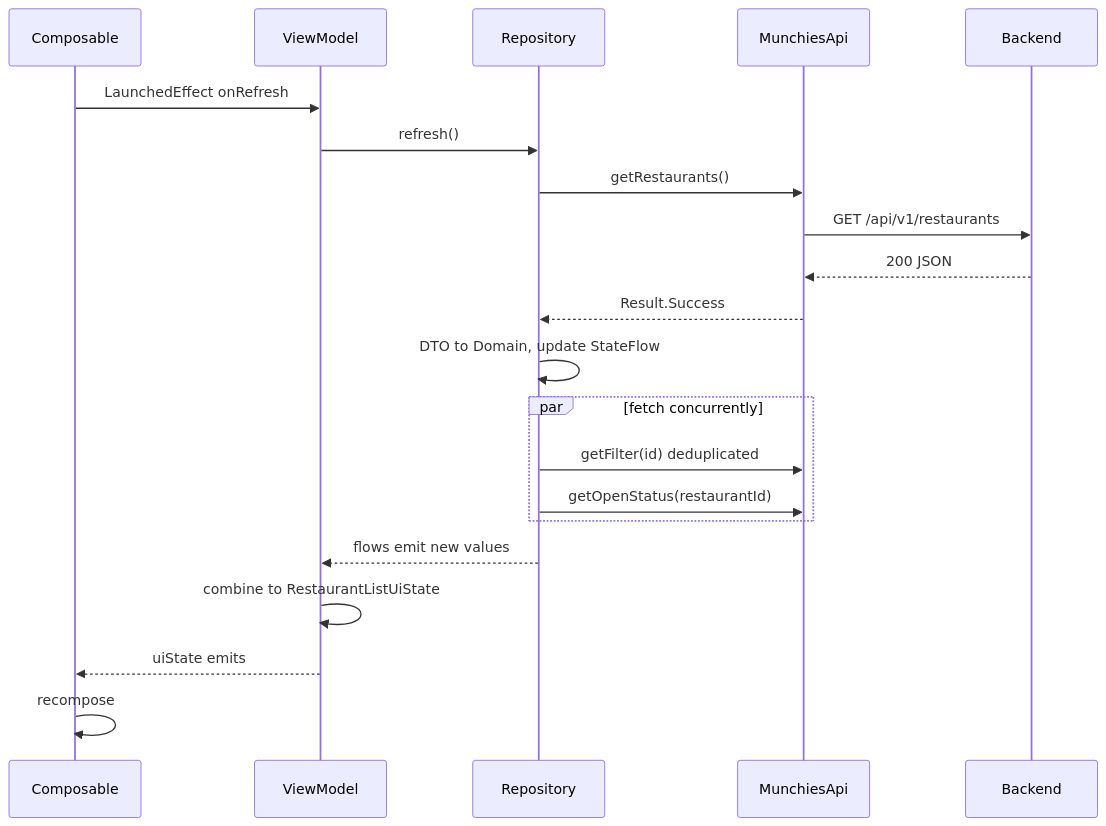
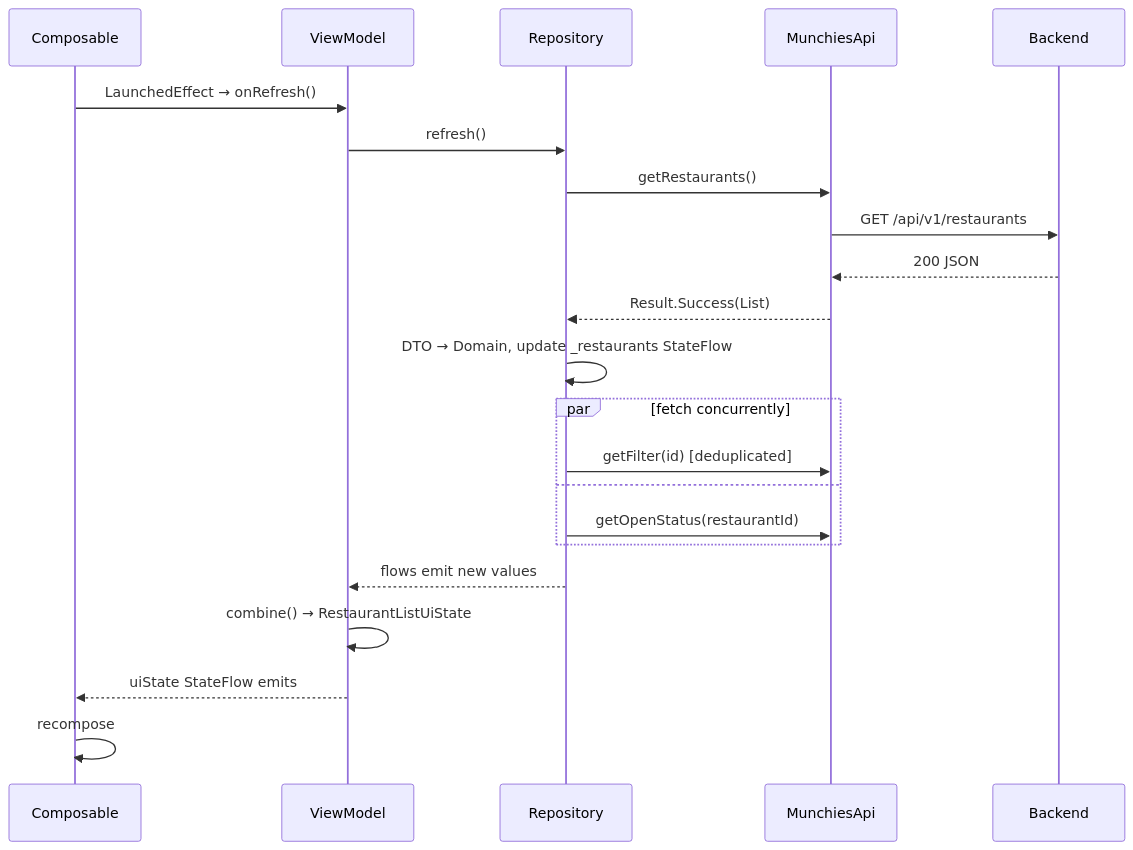
The third of 8 diagrams in PRESENTATION.md (sven-pettersson/Munchies), drawn with Mermaid before and after one commit. The commit also changed other lines of this file, not shown here.

Commit message:
feat:adding presentation with graphs

````diff
--- a/PRESENTATION.md
+++ b/PRESENTATION.md
@@ -86,26 +82,25 @@
 ```mermaid
 sequenceDiagram
-    participant UI as Composable
-    participant VM as ViewModel
-    participant REPO as Repository
-    participant API as MunchiesApi
-    participant BE as Backend
+  participant UI as Composable
+  participant VM as ViewModel
+  participant REPO as Repository
+  participant API as MunchiesApi
+  participant BE as Backend
 
-    UI->>VM: LaunchedEffect onRefresh
-    VM->>REPO: refresh()
-    REPO->>API: getRestaurants()
-    API->>BE: GET /api/v1/restaurants
-    BE-->>API: 200 JSON
-    API-->>REPO: Result.Success
-    REPO->>REPO: DTO to Domain, update StateFlow
-
-    par fetch concurrently
-        REPO->>API: getFilter(id) deduplicated
-        REPO->>API: getOpenStatus(restaurantId)
-    end
-
-    REPO-->>VM: flows emit new values
-    VM->>VM: combine to RestaurantListUiState
-    VM-->>UI: uiState emits
-    UI->>UI: recompose
+  UI->>VM: LaunchedEffect → onRefresh()
+  VM->>REPO: refresh()
+  REPO->>API: getRestaurants()
+  API->>BE: GET /api/v1/restaurants
+  BE-->>API: 200 JSON
+  API-->>REPO: Result.Success(List)
+  REPO->>REPO: DTO → Domain, update _restaurants StateFlow
+  par fetch concurrently
+    REPO->>API: getFilter(id) [deduplicated]
+  and
+    REPO->>API: getOpenStatus(restaurantId)
+  end
+  REPO-->>VM: flows emit new values
+  VM->>VM: combine() → RestaurantListUiState
+  VM-->>UI: uiState StateFlow emits
+  UI->>UI: recompose
 ```
````
